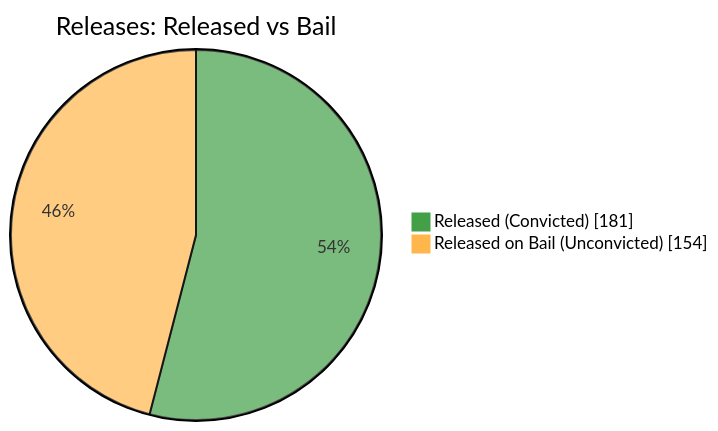
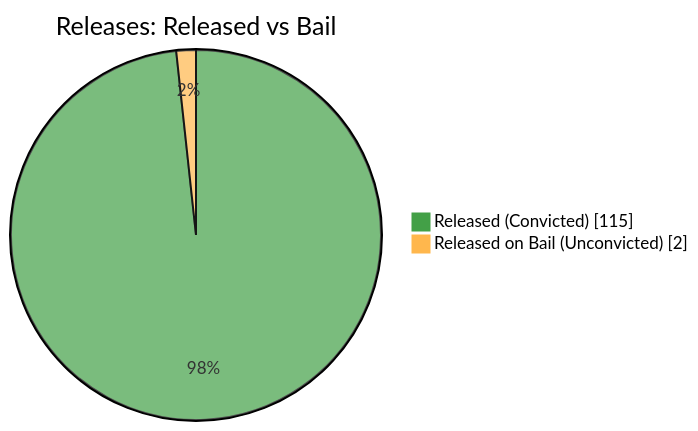
One commit to nuuuwan/lk_prisons changed the fifth of 7 diagrams in README.md. Above: the diagram before and after it, drawn with Mermaid. The commit also changed other lines of this file and 1 other file, not shown here.

````diff
--- a/README.md
+++ b/README.md
@@ -87,6 +87,6 @@
 ```mermaid
 %%{init: {'themeVariables': {'pie1': '#43A047', 'pie2': '#FFB74D'}}}%%
 pie showData title Releases: Released vs Bail
-    "Released (Convicted)" : 181
-    "Released on Bail (Unconvicted)" : 154
+    "Released (Convicted)" : 115
+    "Released on Bail (Unconvicted)" : 2
 ```
````
